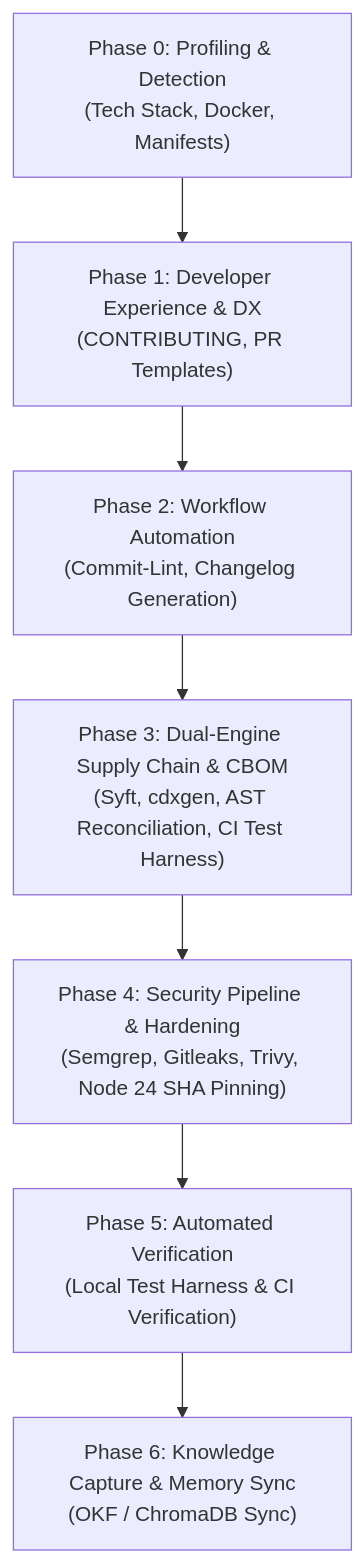
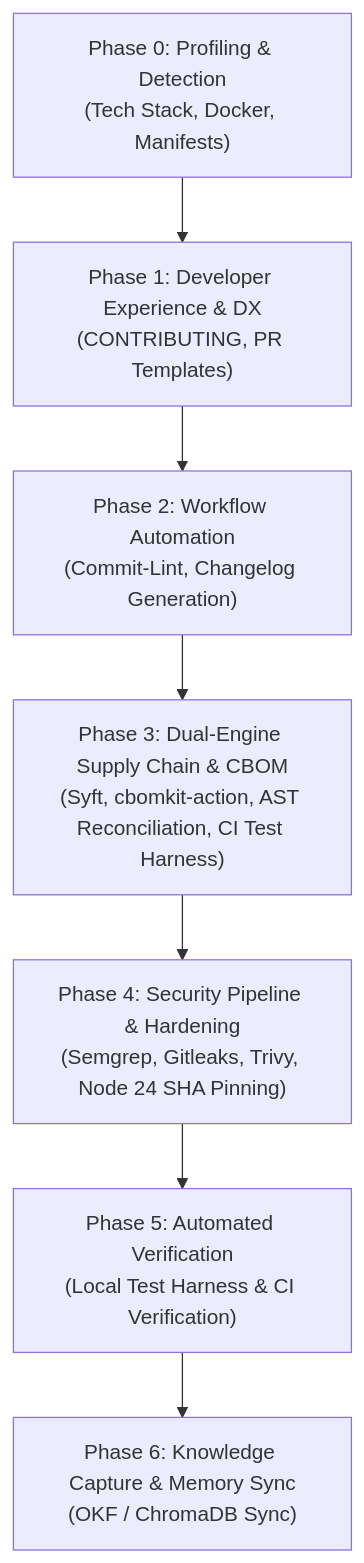
Before and after one commit to jsoehner/skills-backup: the diagram in skills/repo-governance-orchestrator/SKILL.md, drawn with Mermaid. The commit also changed other lines of this file and 7 other files, not shown here.

First line of the commit message:
feat(cbom): migrate CBOM scanning actions from cdxgen to cbomkit-action

````diff
--- a/skills/repo-governance-orchestrator/SKILL.md
+++ b/skills/repo-governance-orchestrator/SKILL.md
@@ -42,9 +42,9 @@
 ```mermaid
 flowchart TD
     P0["Phase 0: Profiling & Detection<br/>(Tech Stack, Docker, Manifests)"] --> P1["Phase 1: Developer Experience & DX<br/>(CONTRIBUTING, PR Templates)"]
     P1 --> P2["Phase 2: Workflow Automation<br/>(Commit-Lint, Changelog Generation)"]
-    P2 --> P3["Phase 3: Dual-Engine Supply Chain & CBOM<br/>(Syft, cdxgen, AST Reconciliation, CI Test Harness)"]
+    P2 --> P3["Phase 3: Dual-Engine Supply Chain & CBOM<br/>(Syft, cbomkit-action, AST Reconciliation, CI Test Harness)"]
     P3 --> P4["Phase 4: Security Pipeline & Hardening<br/>(Semgrep, Gitleaks, Trivy, Node 24 SHA Pinning)"]
     P4 --> P5["Phase 5: Automated Verification<br/>(Local Test Harness & CI Verification)"]
     P5 --> P6["Phase 6: Knowledge Capture & Memory Sync<br/>(OKF / ChromaDB Sync)"]
 ```
````
